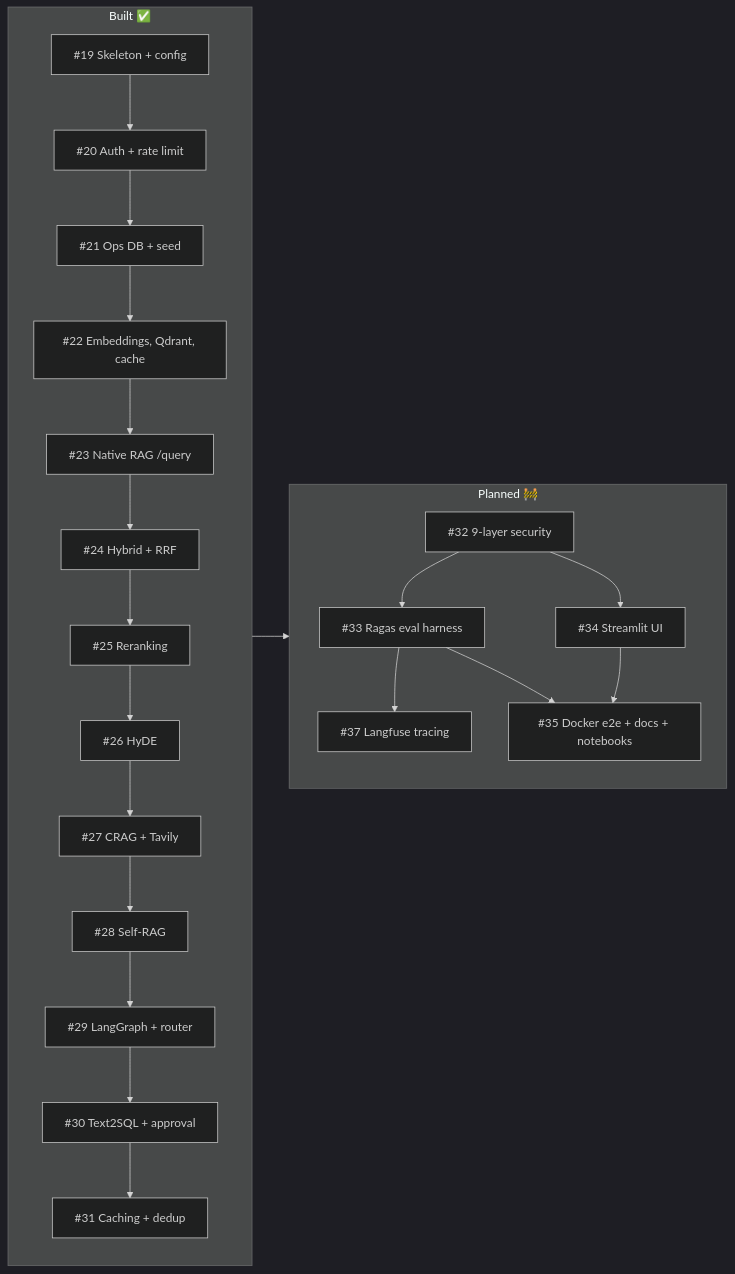
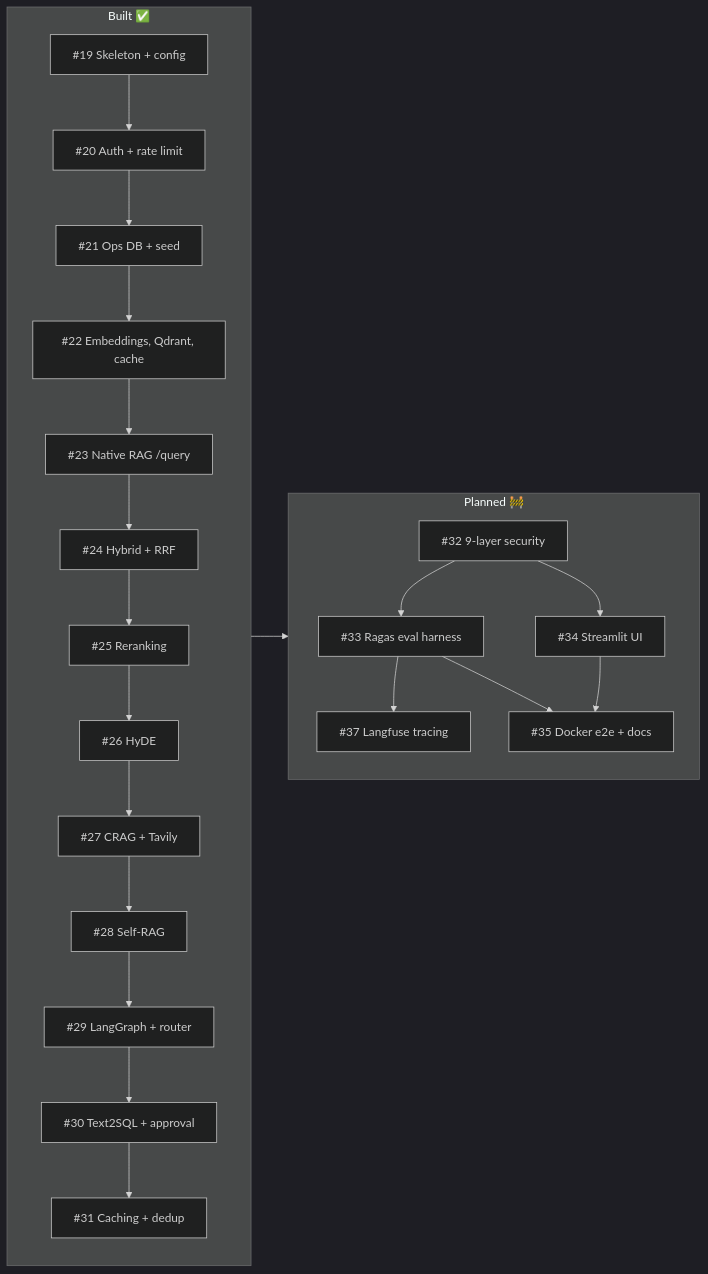
One commit to 7793aman/SRE-Advanced-RAG-Agent changed the seventh of 7 diagrams in README.md. Above: the diagram before and after it, drawn with Mermaid (dark theme). The commit also changed other lines of this file and 9 other files, not shown here.

````diff
--- a/README.md
+++ b/README.md
@@ -318,27 +318,27 @@
 ```mermaid
 flowchart LR
     subgraph DONE [Built ✅]
         direction TB
         T19[#19 Skeleton + config] --> T20[#20 Auth + rate limit]
         T20 --> T21[#21 Ops DB + seed]
         T21 --> T22[#22 Embeddings, Qdrant, cache]
         T22 --> T23[#23 Native RAG /query]
         T23 --> T24[#24 Hybrid + RRF]
         T24 --> T25[#25 Reranking]
         T25 --> T26[#26 HyDE]
         T26 --> T27[#27 CRAG + Tavily]
         T27 --> T28[#28 Self-RAG]
         T28 --> T29[#29 LangGraph + router]
         T29 --> T30[#30 Text2SQL + approval]
         T30 --> T31[#31 Caching + dedup]
     end
     subgraph TODO [Planned 🚧]
         direction TB
         T32[#32 9-layer security] --> T33[#33 Ragas eval harness]
         T32 --> T34[#34 Streamlit UI]
         T33 --> T37[#37 Langfuse tracing]
-        T33 --> T35[#35 Docker e2e + docs + notebooks]
+        T33 --> T35[#35 Docker e2e + docs]
         T34 --> T35
     end
     T31 --> T32
 ```
````
